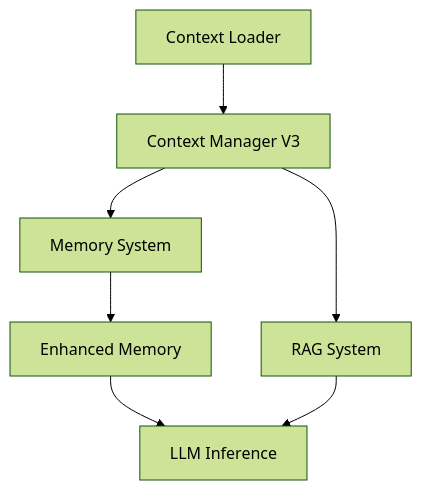
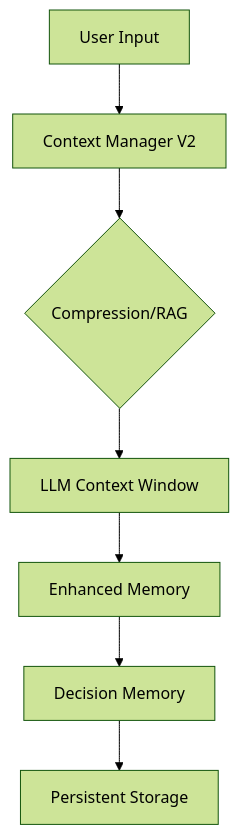
The diagram in .codebuddy/docs/7-context-memory.md (Zeeeepa/code-buddy), drawn with Mermaid (forest theme) before and after one commit. The commit also changed other lines of this file and 29 other files, not shown here.

````diff
--- a/.codebuddy/docs/7-context-memory.md
+++ b/.codebuddy/docs/7-context-memory.md
@@ -40,9 +50,9 @@
 ```mermaid
 graph TD
-    A[Context Loader] --> B[Context Manager V3]
-    B --> C[RAG System]
-    B --> D[Memory System]
+    A[User Input] --> B[Context Manager V2]
+    B --> C{Compression/RAG}
+    C --> D[LLM Context Window]
     D --> E[Enhanced Memory]
-    E --> F[LLM Inference]
-    C --> F
+    E --> F[Decision Memory]
+    F --> G[Persistent Storage]
 ```
````
